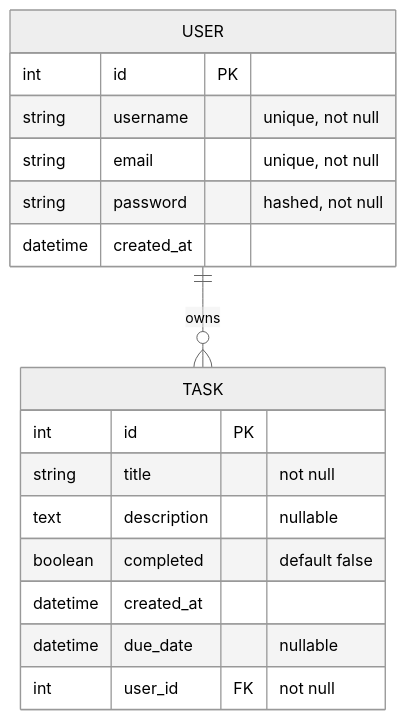
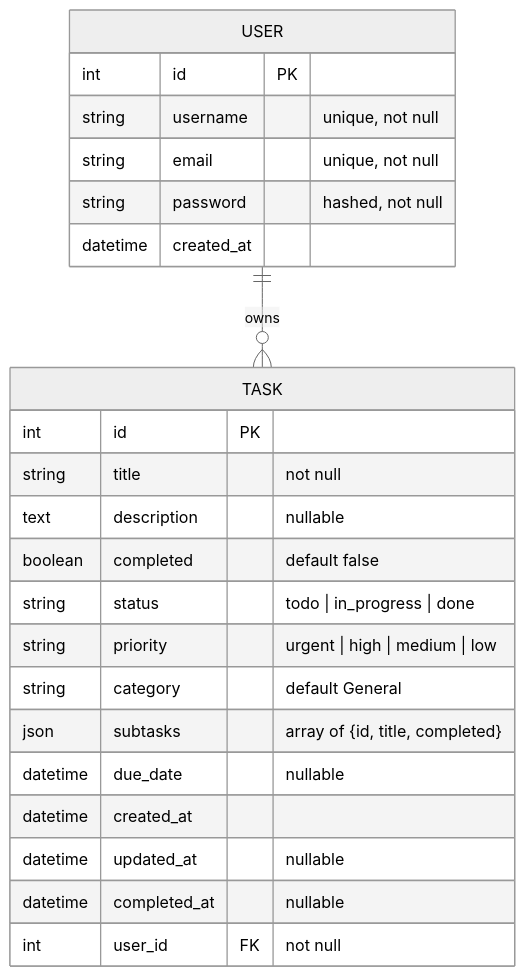
One commit to Hassan092-prog/task-manager-pro changed the second of 3 diagrams in docs/ARCHITECTURE.md. Above: the diagram before and after it, drawn with Mermaid (neutral theme). The commit also changed other lines of this file and 7 other files, not shown here.

Commit message:
docs: synchronize v2.0.0 specifications, architecture diagrams, and test metrics across codebase

````diff
--- a/docs/ARCHITECTURE.md
+++ b/docs/ARCHITECTURE.md
@@ -111,20 +131,26 @@
 ```mermaid
 erDiagram
     USER ||--o{ TASK : owns
     USER {
         int id PK
         string username "unique, not null"
         string email "unique, not null"
         string password "hashed, not null"
         datetime created_at
     }
     TASK {
         int id PK
         string title "not null"
         text description "nullable"
         boolean completed "default false"
+        string status "todo | in_progress | done"
+        string priority "urgent | high | medium | low"
+        string category "default General"
+        json subtasks "array of {id, title, completed}"
+        datetime due_date "nullable"
         datetime created_at
-        datetime due_date "nullable"
+        datetime updated_at "nullable"
+        datetime completed_at "nullable"
         int user_id FK "not null"
     }
 ```
````
